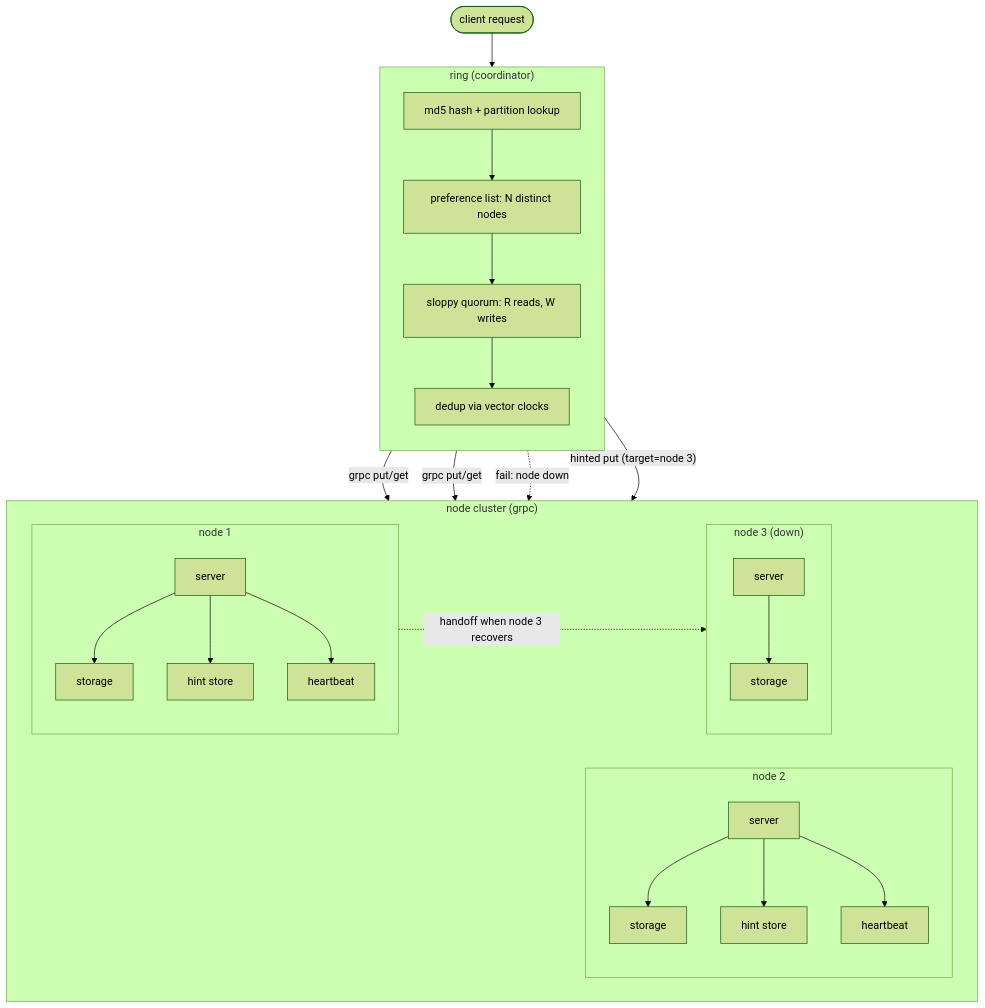
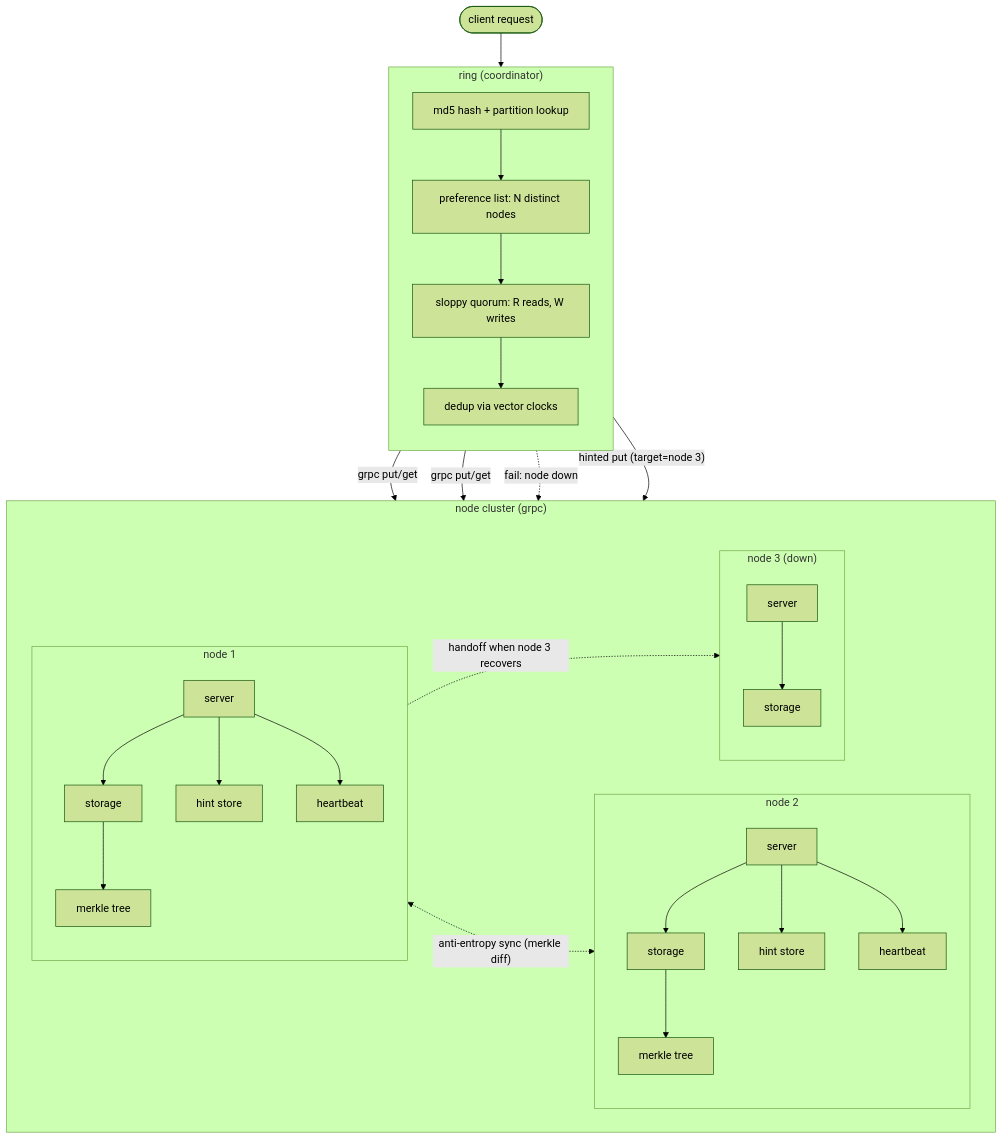
Before and after one commit to pixperk/plethora: the first of 6 diagrams in README.md, drawn with Mermaid (forest theme). The commit also changed other lines of this file, not shown here.

Commit message:
update readme for anti entropy sync with merkle trees

````diff
--- a/README.md
+++ b/README.md
@@ -9,38 +9,41 @@
 ```mermaid
 graph TB
     client([client request])
     client --> ring
 
     subgraph ring["ring (coordinator)"]
         direction TB
         hash[md5 hash + partition lookup]
         pref[preference list: N distinct nodes]
         quorum[sloppy quorum: R reads, W writes]
         dedup[dedup via vector clocks]
         hash --> pref --> quorum --> dedup
     end
 
     subgraph cluster["node cluster (grpc)"]
         direction LR
         subgraph n1[node 1]
             s1[server] --> st1[storage]
             s1 --> h1[hint store]
             s1 --> hb1[heartbeat]
+            st1 --> mt1[merkle tree]
         end
         subgraph n2[node 2]
             s2[server] --> st2[storage]
             s2 --> h2[hint store]
             s2 --> hb2[heartbeat]
+            st2 --> mt2[merkle tree]
         end
         subgraph n3["node 3 (down)"]
             s3[server] --> st3[storage]
         end
     end
 
     ring -->|grpc put/get| n1
     ring -->|grpc put/get| n2
     ring -.->|"fail: node down"| n3
     ring -->|"hinted put (target=node 3)"| n1
 
     n1 -.->|"handoff when node 3 recovers"| n3
+    n1 <-.->|"anti-entropy sync (merkle diff)"| n2
 ```
````
